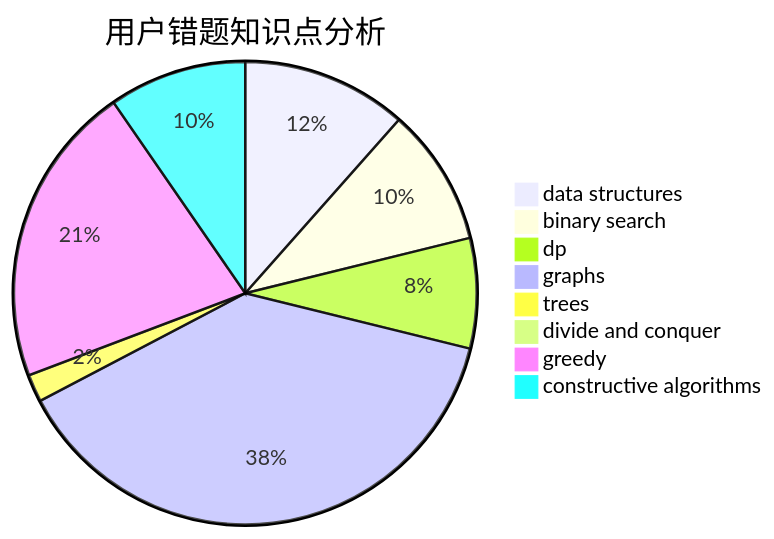
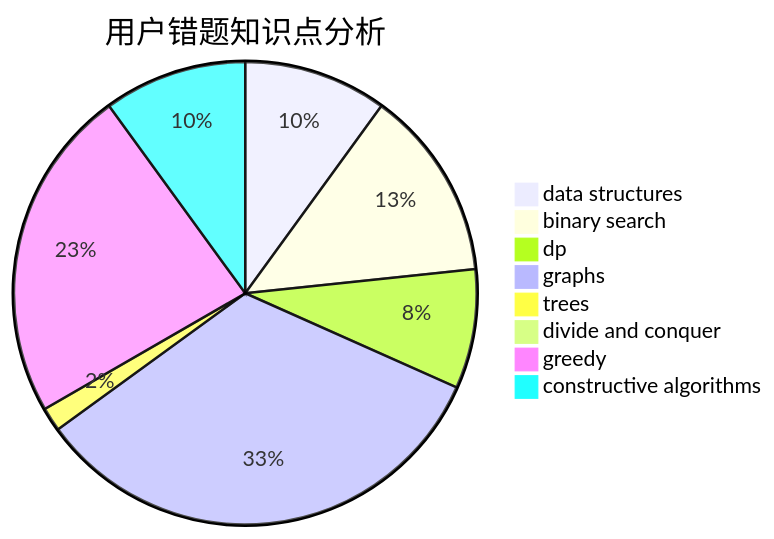
Before and after one commit to sherpahu/cfrs.github.io: the third of 3 diagrams in docs/user/u1301.md, drawn with Mermaid. The commit also changed other lines of this file and 2770 other files, not shown here.

````diff
--- a/docs/user/u1301.md
+++ b/docs/user/u1301.md
@@ -36,11 +36,11 @@
 ```mermaid
 pie title 用户错题知识点分析
     "data structures" :  6
-    "binary search" :  5
-    "dp" :  4
+    "binary search" :  8
+    "dp" :  5
     "graphs" :  20
     "trees" :  1
     "divide and conquer" :  0
-    "greedy" :  11
-    "constructive algorithms" :  5
+    "greedy" :  14
+    "constructive algorithms" :  6
 ```
````
